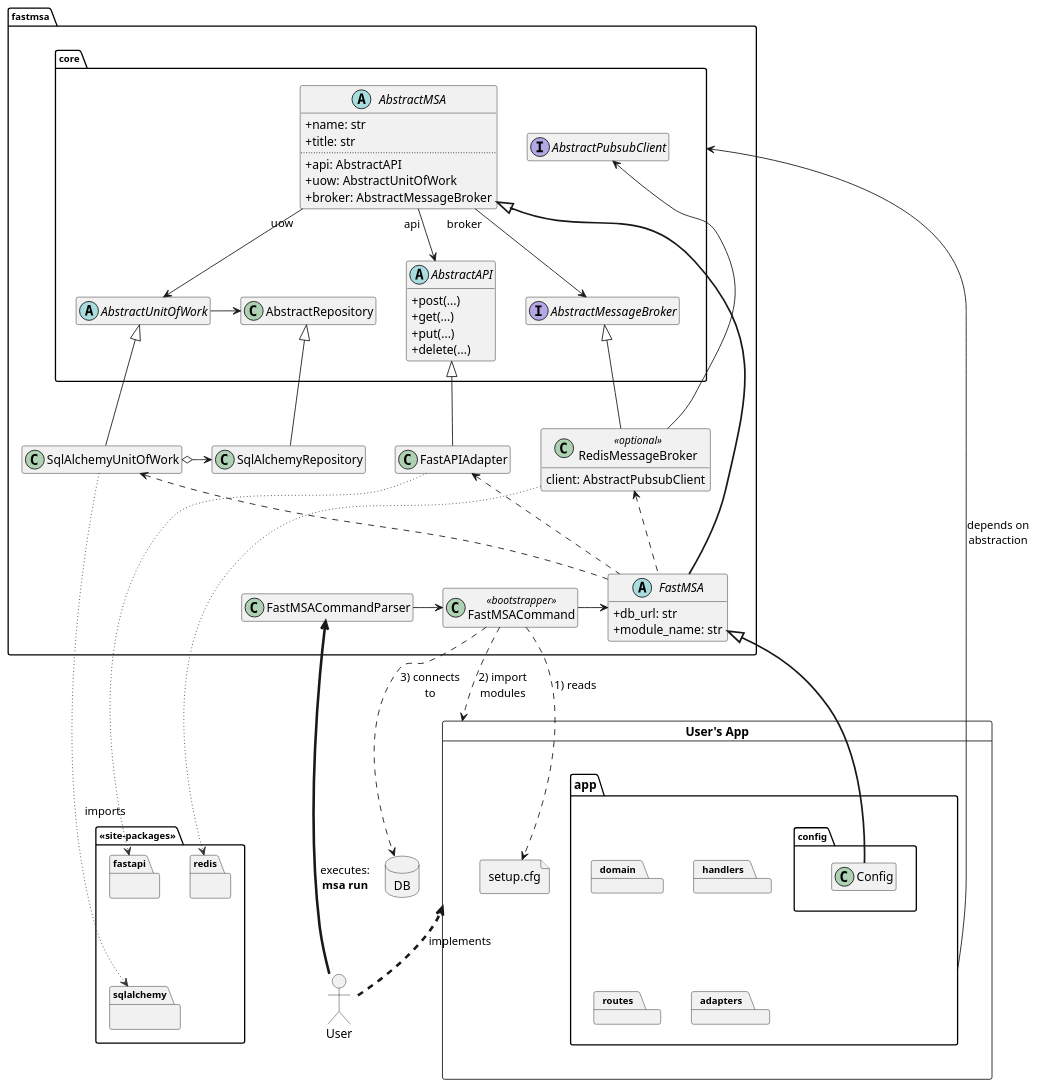
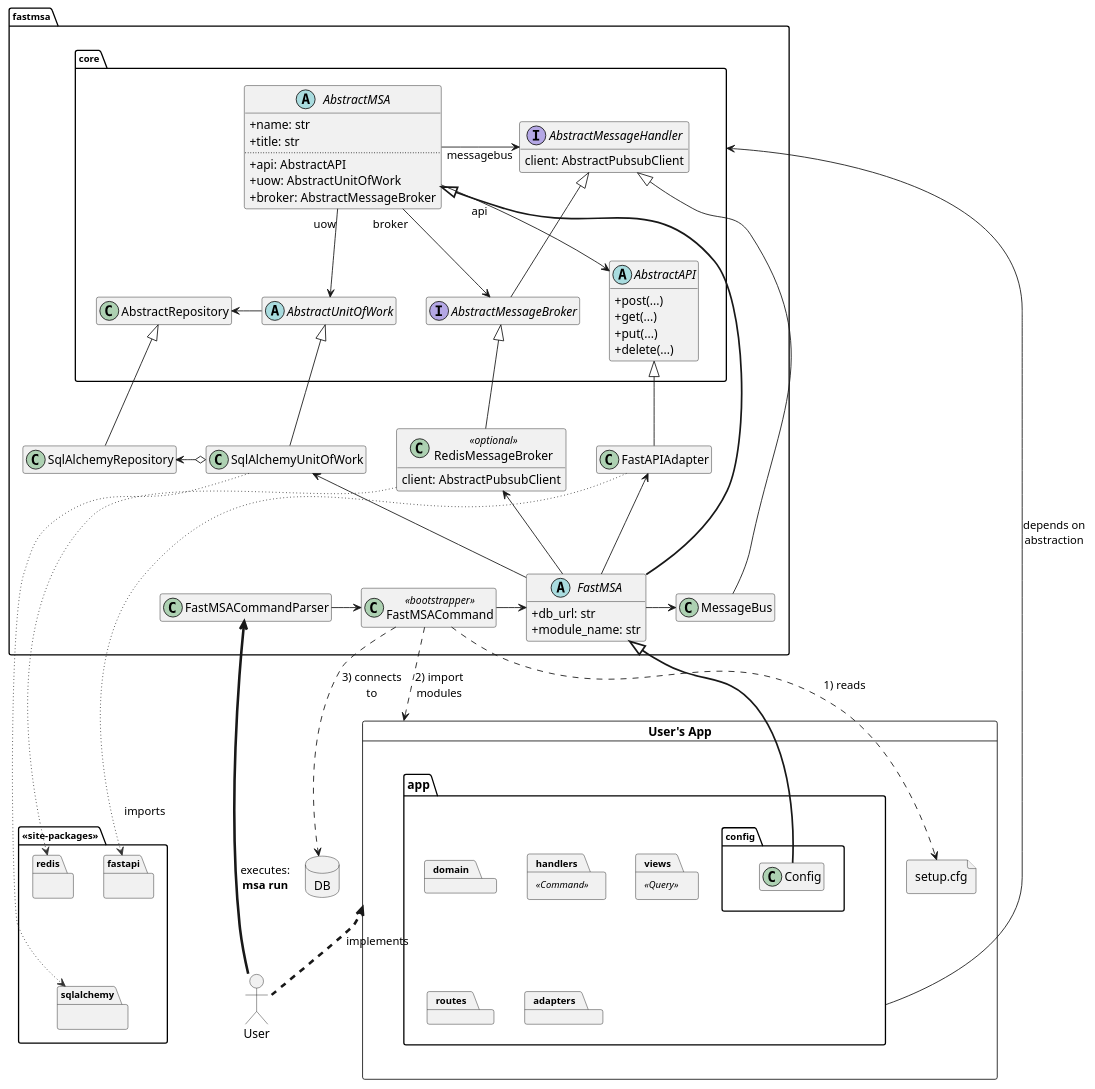
Before and after one commit to 2021-msa-study/fastmsa: the diagram in docs/diagrams/abstract.puml, drawn with PlantUML. The commit also changed 2 other files, not shown here.

Commit message:
Refactor models and diagrams

```diff
--- a/docs/diagrams/abstract.puml
+++ b/docs/diagrams/abstract.puml
@@ -1,112 +1,122 @@
 @startuml "Dependency Architecture Overview"
 
 hide empty members
 skinparam defaultFontName "Segoe UI"
 skinparam ClassAttributeIconSize 0
 skinparam PackageFontSize 11
 allow_mixing
 
 Actor User
 Database DB
 
 package fastmsa {
     package core {
         abstract class AbstractMSA {
             + name: str
             + title: str
             ..
             + api: AbstractAPI
             + uow: AbstractUnitOfWork
             + broker: AbstractMessageBroker
         }
 
         abstract class AbstractAPI {
             + post(...)
             + get(...)
             + put(...)
             + delete(...)
         }
 
         abstract class AbstractUnitOfWork
 
 
         AbstractMSA "uow" --> AbstractUnitOfWork
         AbstractMSA "broker" --> AbstractMessageBroker
-        AbstractMSA "api" --> AbstractAPI
+        AbstractMSA "\n\tapi" --> AbstractAPI
+        AbstractMSA "messagebus" -> AbstractMessageHandler: \t\t
         
         AbstractRepository <- AbstractUnitOfWork
+        
+        interface AbstractMessageHandler {
+            client: AbstractPubsubClient
+        }
 
-        interface AbstractMessageBroker
-        interface AbstractPubsubClient
+        interface AbstractMessageBroker extends AbstractMessageHandler {
+        }
     }
 
     abstract class FastMSA {
         + db_url: str
         + module_name: str
     }
 
     AbstractMSA <|-[thickness=2]- FastMSA
     AbstractUnitOfWork <|-- SqlAlchemyUnitOfWork
     AbstractRepository <|-- SqlAlchemyRepository
     AbstractMessageBroker <|-- RedisMessageBroker
     AbstractAPI <|-- FastAPIAdapter
     SqlAlchemyRepository <-o SqlAlchemyUnitOfWork  
 
     class RedisMessageBroker <<optional>> {
         client: AbstractPubsubClient
     }
-    AbstractPubsubClient <-- RedisMessageBroker
 
-    FastAPIAdapter <.. FastMSA
-    RedisMessageBroker <.. FastMSA
-    SqlAlchemyUnitOfWork <.. FastMSA
+    FastAPIAdapter <-- FastMSA
+    RedisMessageBroker <-- FastMSA
+    SqlAlchemyUnitOfWork <-- FastMSA
 
     class FastMSACommand <<bootstrapper>> {
     }
 
     class FastMSACommandParser
+    
+    AbstractMessageHandler <|--- MessageBus
+
+    FastMSA -> MessageBus
+    
 }
 
 package <<site-packages>> {
     package fastapi {}
     package sqlalchemy {}
     package redis {}
 
     fastapi -[hidden]-> sqlalchemy
 }
 
 SqlAlchemyUnitOfWork -[#333,dotted]--> sqlalchemy
 FastAPIAdapter -[#333,dotted]--> "imports\n\n" fastapi
 RedisMessageBroker -[#333,dotted]-->  redis
 
 card "User's App" as userapp  {
 
     package app.config {
         class Config
     }
     
     file "setup.cfg" as f
     folder app {
         package domain
-        package handlers
+        package handlers <<Command>>
+        package views <<Query>>
         package routes
         package adapters
     }
     
     f <-[hidden] app.config
     app.config -[hidden]-> app
 }
 
 FastMSA <|-[thickness=2]- Config
 
 userapp <.[thickness=3]. User: implements
 FastMSACommandParser <-[thickness=3]- User: "executes:\n<b>msa run</b>"
 FastMSACommandParser -> FastMSACommand
 FastMSACommand -> FastMSA
 FastMSACommand ..> f: "1) reads"
 FastMSACommand ..> userapp: "2) import\nmodules"
 FastMSACommand ..> DB: "3) connects\nto"
 
 core <--- app: depends on\nabstraction
 
 @endul
```
